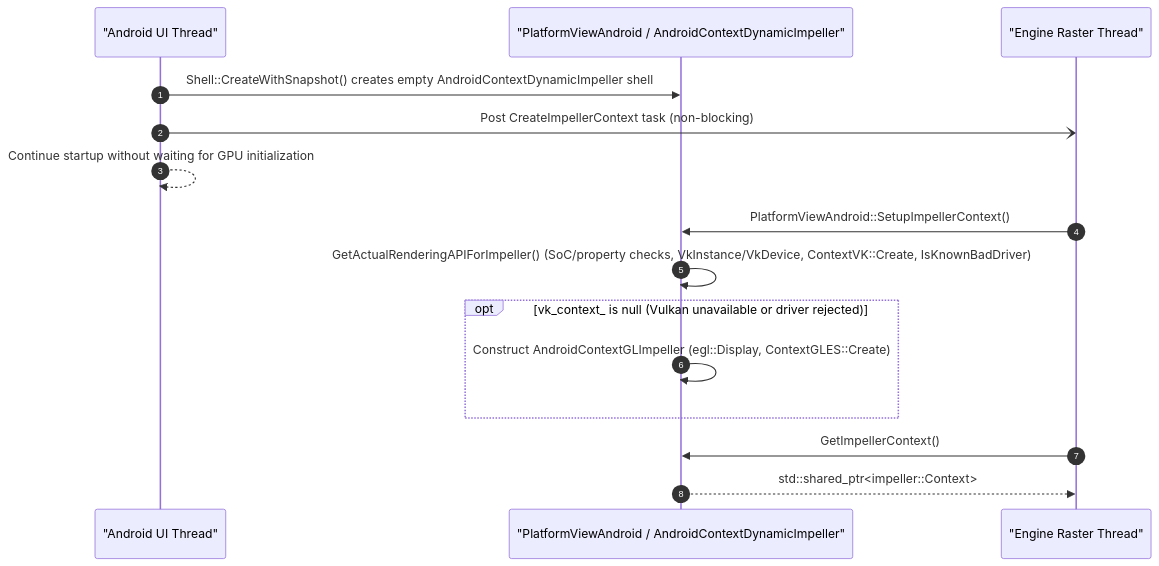
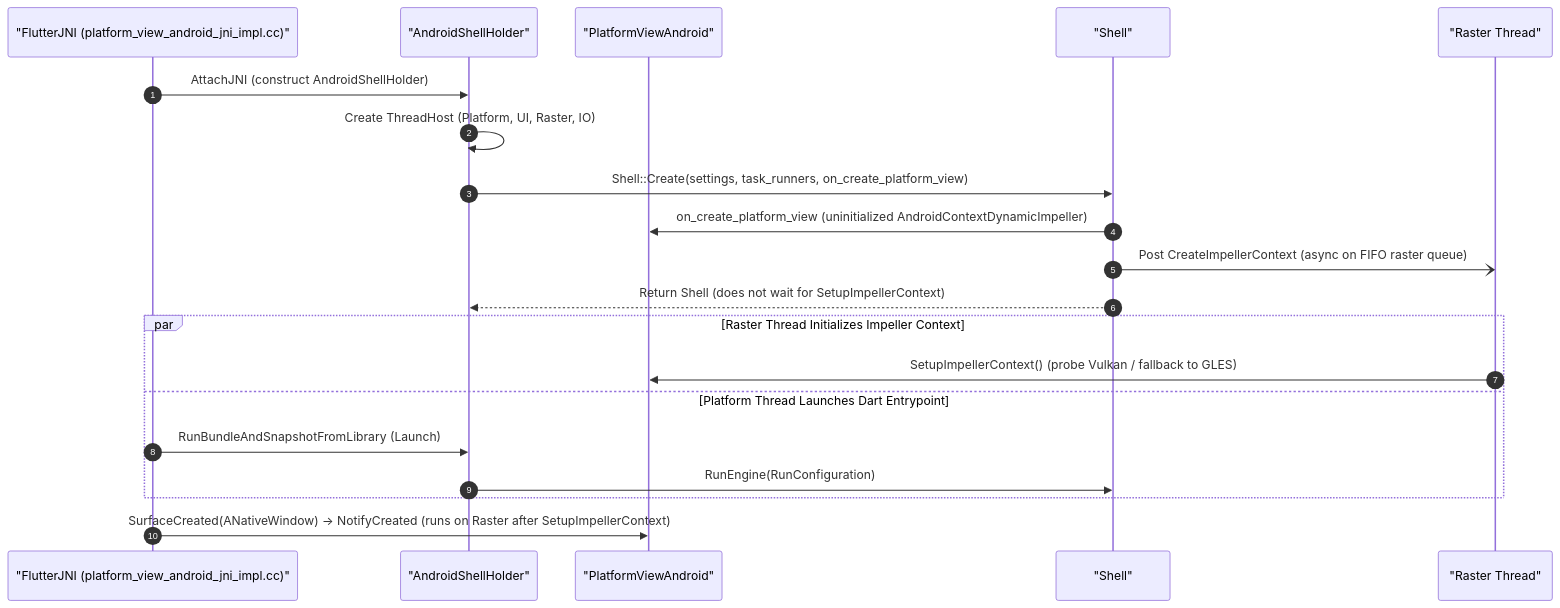
One commit to flutter/rfc changed the second of 16 diagrams in rfc/410.0000-flutter-android-embedder-c-api-migration.md. Above: the diagram before and after it, drawn with Mermaid. The commit also changed other lines of this file, not shown here.

Commit message:
Hatch any unnecessary context and simplify with sequence diagram

````diff
--- a/rfc/410.0000-flutter-android-embedder-c-api-migration.md
+++ b/rfc/410.0000-flutter-android-embedder-c-api-migration.md
@@ -254,18 +100,23 @@
 ```mermaid
 sequenceDiagram
     autonumber
-    participant UI as "Android UI Thread"
-    participant PV as "PlatformViewAndroid / AndroidContextDynamicImpeller"
-    participant Raster as "Engine Raster Thread"
+    participant FlutterJNI as "FlutterJNI (platform_view_android_jni_impl.cc)"
+    participant Holder as "AndroidShellHolder"
+    participant PV as "PlatformViewAndroid"
+    participant Shell as "Shell"
+    participant Raster as "Raster Thread"
 
-    UI->>PV: Shell::CreateWithSnapshot() creates empty AndroidContextDynamicImpeller shell
-    UI-)Raster: Post CreateImpellerContext task (non-blocking)
-    UI-->>UI: Continue startup without waiting for GPU initialization
-    Raster->>PV: PlatformViewAndroid::SetupImpellerContext()
-    PV->>PV: GetActualRenderingAPIForImpeller() (SoC/property checks, VkInstance/VkDevice, ContextVK::Create, IsKnownBadDriver)
-    opt vk_context_ is null (Vulkan unavailable or driver rejected)
-        PV->>PV: Construct AndroidContextGLImpeller (egl::Display, ContextGLES::Create)
+    FlutterJNI->>Holder: AttachJNI (construct AndroidShellHolder)
+    Holder->>Holder: Create ThreadHost (Platform, UI, Raster, IO)
+    Holder->>Shell: Shell::Create(settings, task_runners, on_create_platform_view)
+    Shell->>PV: on_create_platform_view (uninitialized AndroidContextDynamicImpeller)
+    Shell-)Raster: Post CreateImpellerContext (async on FIFO raster queue)
+    Shell-->>Holder: Return Shell (does not wait for SetupImpellerContext)
+    par Raster Thread Initializes Impeller Context
+        Raster->>PV: SetupImpellerContext() (probe Vulkan / fallback to GLES)
+    and Platform Thread Launches Dart Entrypoint
+        FlutterJNI->>Holder: RunBundleAndSnapshotFromLibrary (Launch)
+        Holder->>Shell: RunEngine(RunConfiguration)
     end
-    Raster->>PV: GetImpellerContext()
-    PV-->>Raster: std::shared_ptr<impeller::Context>
+    FlutterJNI->>PV: SurfaceCreated(ANativeWindow) -> NotifyCreated (runs on Raster after SetupImpellerContext)
 ```
````
